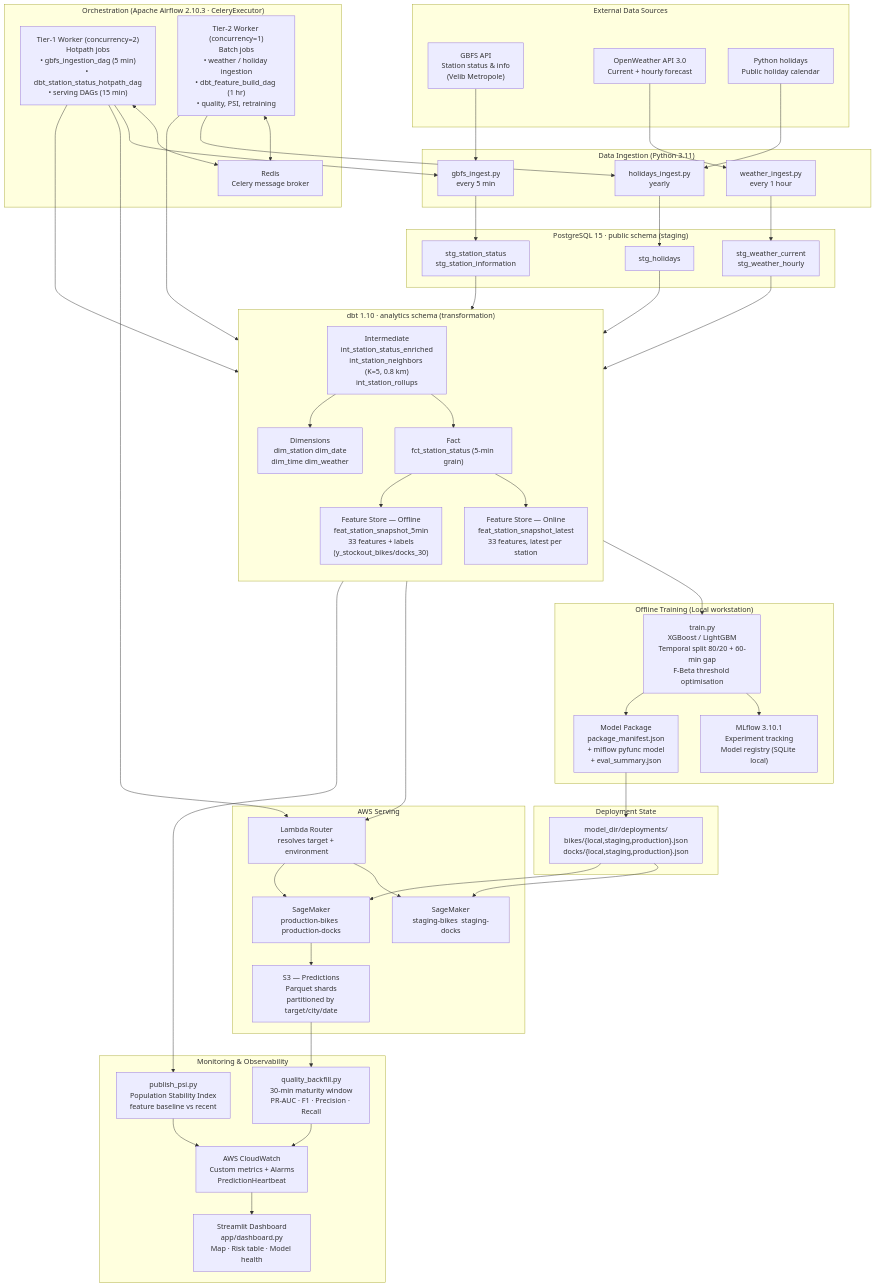
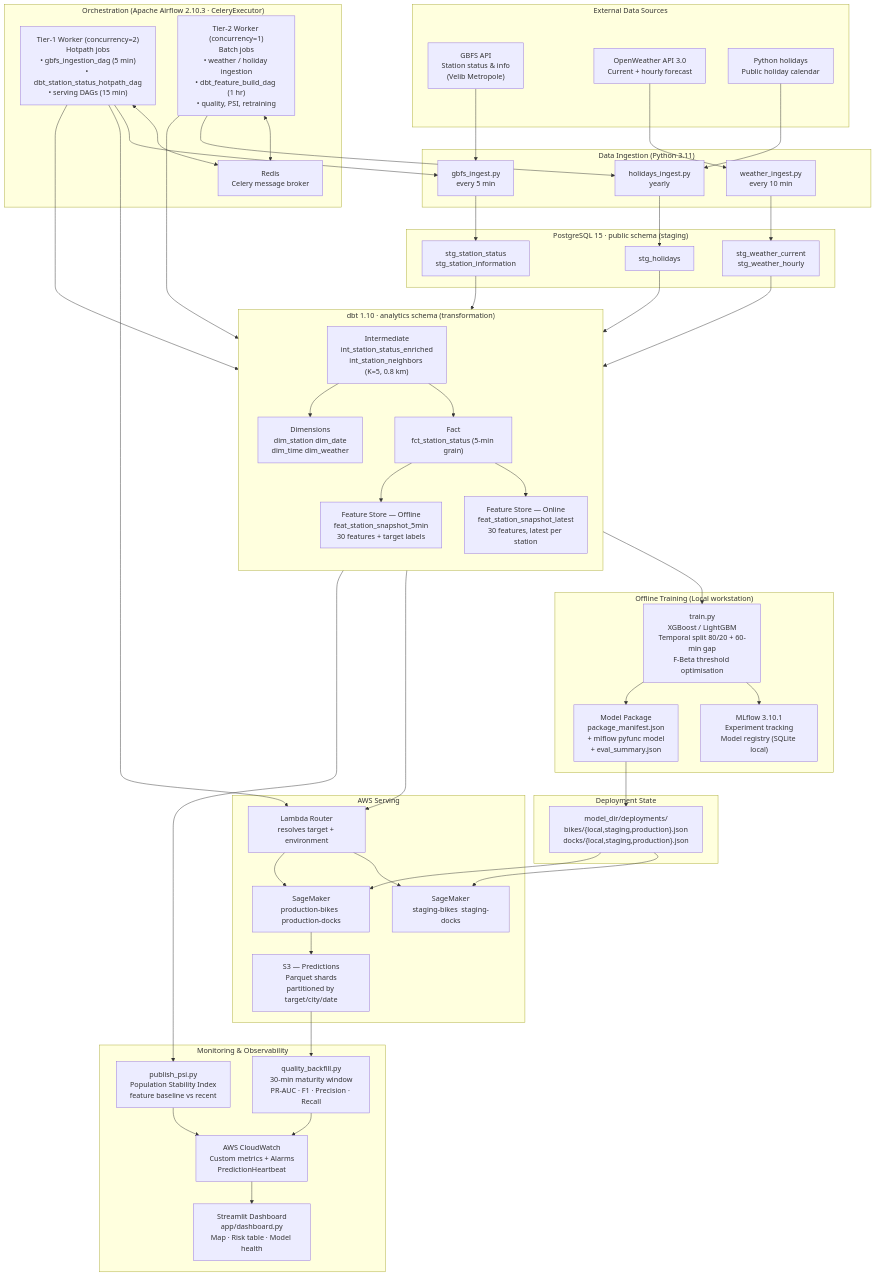
One commit to cchoooots98/mlops-bikeshare changed the first of 4 diagrams in docs/architecture.md. Above: the diagram before and after it, drawn with Mermaid. The commit also changed other lines of this file and 4 other files, not shown here.

Commit message:
docs: sync architecture and dashboard references

```diff
--- a/docs/architecture.md
+++ b/docs/architecture.md
@@ -45,7 +45,7 @@
 
     subgraph INGEST["Data Ingestion  (Python 3.11)"]
         GI["gbfs_ingest.py\nevery 5 min"]
-        WI["weather_ingest.py\nevery 1 hour"]
+        WI["weather_ingest.py\nevery 10 min"]
         HI["holidays_ingest.py\nyearly"]
     end
 
@@ -57,11 +57,11 @@
 
     subgraph DBT["dbt 1.10  ·  analytics schema  (transformation)"]
         direction TB
-        INT["Intermediate\nint_station_status_enriched\nint_station_neighbors (K=5, 0.8 km)\nint_station_rollups"]
+        INT["Intermediate\nint_station_status_enriched\nint_station_neighbors (K=5, 0.8 km)"]
         DIM["Dimensions\ndim_station  dim_date\ndim_time  dim_weather"]
         FCT["Fact\nfct_station_status (5-min grain)"]
-        FEAT_OFF["Feature Store — Offline\nfeat_station_snapshot_5min\n33 features + labels\n(y_stockout_bikes/docks_30)"]
-        FEAT_ON["Feature Store — Online\nfeat_station_snapshot_latest\n33 features, latest per station"]
+        FEAT_OFF["Feature Store — Offline\nfeat_station_snapshot_5min\n30 features + target labels"]
+        FEAT_ON["Feature Store — Online\nfeat_station_snapshot_latest\n30 features, latest per station"]
     end
 
     subgraph TRAIN["Offline Training  (Local workstation)"]
```
